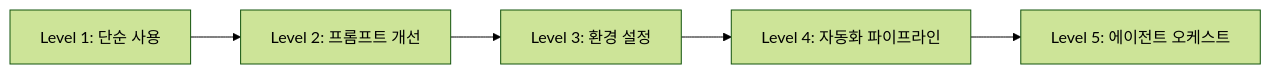
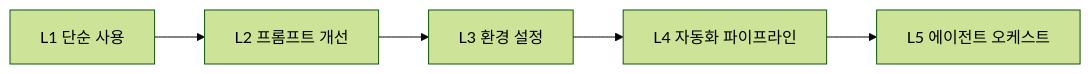
Before and after one commit to yjkim2015/yjkim2015.github.io: the third of 4 diagrams in _posts/ai/2026-05-01-ai-driven-development.md, drawn with Mermaid (forest theme). The commit also changed other lines of this file and 132 other files, not shown here.

First line of the commit message:
Mermaid 다이어그램 가독성 정리: 단순 제거, 노드 축소, TD→LR 변환

````diff
--- a/_posts/ai/2026-05-01-ai-driven-development.md
+++ b/_posts/ai/2026-05-01-ai-driven-development.md
@@ -331,9 +331,7 @@
 ```mermaid
 graph LR
-    L1["Level 1: 단순 사용"]
-    L2["Level 2: 프롬프트 개선"]
-    L3["Level 3: 환경 설정"]
-    L4["Level 4: 자동화 파이프라인"]
-    L5["Level 5: 에이전트 오케스트"]
-    L1 --> L2 --> L3 --> L4 --> L5
+    L1["L1 단순 사용"] --> L2["L2 프롬프트 개선"]
+    L2 --> L3["L3 환경 설정"]
+    L3 --> L4["L4 자동화 파이프라인"]
+    L4 --> L5["L5 에이전트 오케스트"]
 ```
````
